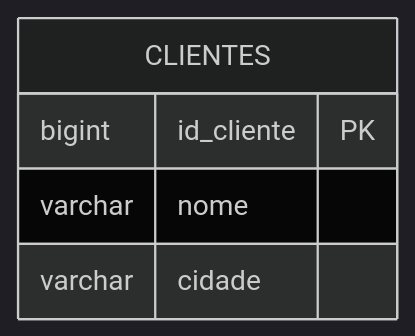
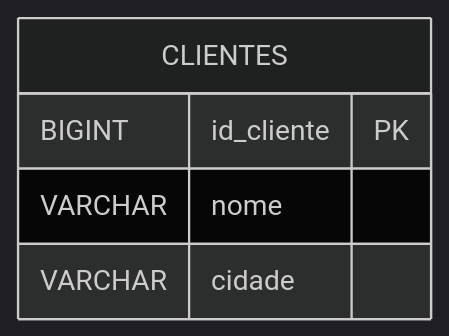
One commit to DSM-Fatec-Jahu/BDR-DSM-2026-2 changed diagram 15 of 20 in docs/aulas/Aula_01_Revisao_Modelagem_Conceitual.md. Above: the diagram before and after it, drawn with Mermaid (dark theme). The commit also changed other lines of this file and 2 other files, not shown here.

First line of the commit message:
Padroniza tipos SQL em MAIÚSCULAS nos diagramas (Regra 3)

````diff
--- a/docs/aulas/Aula_01_Revisao_Modelagem_Conceitual.md
+++ b/docs/aulas/Aula_01_Revisao_Modelagem_Conceitual.md
@@ -723,8 +723,8 @@
 ```mermaid
 erDiagram
     CLIENTES {
-        bigint id_cliente PK
-        varchar nome
-        varchar cidade
+        BIGINT id_cliente PK
+        VARCHAR nome
+        VARCHAR cidade
     }
 ```
````
